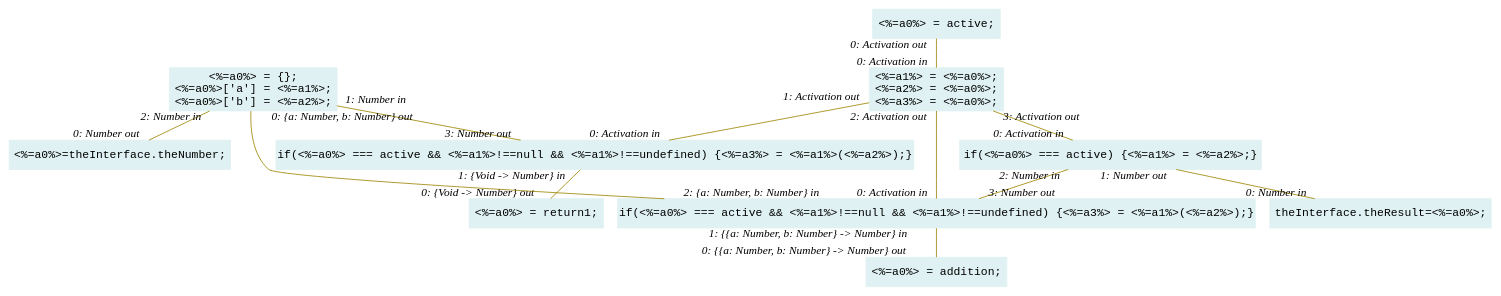
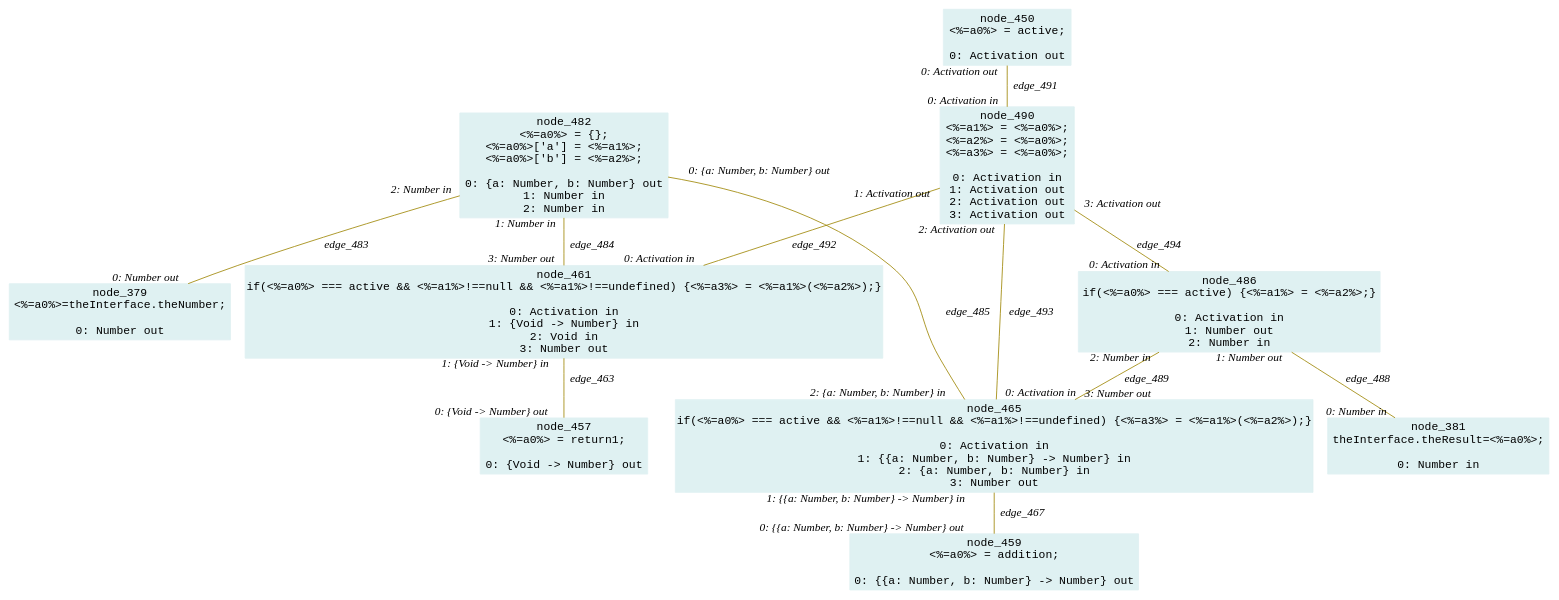
The diagram in lidl-core/example/ok/affectationExpression/dot/39createDataFlowDirection5.dot (crubier/lidl), drawn with Graphviz before and after one commit. The commit also changed 979 other files, not shown here.

```diff
--- a/lidl-core/example/ok/affectationExpression/dot/39createDataFlowDirection5.dot
+++ b/lidl-core/example/ok/affectationExpression/dot/39createDataFlowDirection5.dot
@@ -1,36 +1,69 @@
-digraph g{node_379 [shape="box", style="filled", color="#dff1f2", fontname="Courier", label="<%=a0%>=theInterface.theNumber;
-" ]
-node_381 [shape="box", style="filled", color="#dff1f2", fontname="Courier", label="theInterface.theResult=<%=a0%>;
-" ]
-node_450 [shape="box", style="filled", color="#dff1f2", fontname="Courier", label="<%=a0%> = active;
-" ]
-node_457 [shape="box", style="filled", color="#dff1f2", fontname="Courier", label="<%=a0%> = return1;
-" ]
-node_459 [shape="box", style="filled", color="#dff1f2", fontname="Courier", label="<%=a0%> = addition;
-" ]
-node_461 [shape="box", style="filled", color="#dff1f2", fontname="Courier", label="if(<%=a0%> === active && <%=a1%>!==null && <%=a1%>!==undefined) {<%=a3%> = <%=a1%>(<%=a2%>);}
-" ]
-node_465 [shape="box", style="filled", color="#dff1f2", fontname="Courier", label="if(<%=a0%> === active && <%=a1%>!==null && <%=a1%>!==undefined) {<%=a3%> = <%=a1%>(<%=a2%>);}
-" ]
-node_482 [shape="box", style="filled", color="#dff1f2", fontname="Courier", label="<%=a0%> = {};
+digraph g{node_379 [shape="box", style="filled", color="#dff1f2", fontname="Courier", label="node_379
+<%=a0%>=theInterface.theNumber;
+
+0: Number out" ]
+node_381 [shape="box", style="filled", color="#dff1f2", fontname="Courier", label="node_381
+theInterface.theResult=<%=a0%>;
+
+0: Number in" ]
+node_450 [shape="box", style="filled", color="#dff1f2", fontname="Courier", label="node_450
+<%=a0%> = active;
+
+0: Activation out" ]
+node_457 [shape="box", style="filled", color="#dff1f2", fontname="Courier", label="node_457
+<%=a0%> = return1;
+
+0: {Void -> Number} out" ]
+node_459 [shape="box", style="filled", color="#dff1f2", fontname="Courier", label="node_459
+<%=a0%> = addition;
+
+0: {{a: Number, b: Number} -> Number} out" ]
+node_461 [shape="box", style="filled", color="#dff1f2", fontname="Courier", label="node_461
+if(<%=a0%> === active && <%=a1%>!==null && <%=a1%>!==undefined) {<%=a3%> = <%=a1%>(<%=a2%>);}
+
+0: Activation in
+1: {Void -> Number} in
+2: Void in
+3: Number out" ]
+node_465 [shape="box", style="filled", color="#dff1f2", fontname="Courier", label="node_465
+if(<%=a0%> === active && <%=a1%>!==null && <%=a1%>!==undefined) {<%=a3%> = <%=a1%>(<%=a2%>);}
+
+0: Activation in
+1: {{a: Number, b: Number} -> Number} in
+2: {a: Number, b: Number} in
+3: Number out" ]
+node_482 [shape="box", style="filled", color="#dff1f2", fontname="Courier", label="node_482
+<%=a0%> = {};
 <%=a0%>['a'] = <%=a1%>;
 <%=a0%>['b'] = <%=a2%>;
-" ]
-node_486 [shape="box", style="filled", color="#dff1f2", fontname="Courier", label="if(<%=a0%> === active) {<%=a1%> = <%=a2%>;}
-" ]
-node_490 [shape="box", style="filled", color="#dff1f2", fontname="Courier", label="<%=a1%> = <%=a0%>;
+
+0: {a: Number, b: Number} out
+1: Number in
+2: Number in" ]
+node_486 [shape="box", style="filled", color="#dff1f2", fontname="Courier", label="node_486
+if(<%=a0%> === active) {<%=a1%> = <%=a2%>;}
+
+0: Activation in
+1: Number out
+2: Number in" ]
+node_490 [shape="box", style="filled", color="#dff1f2", fontname="Courier", label="node_490
+<%=a1%> = <%=a0%>;
 <%=a2%> = <%=a0%>;
 <%=a3%> = <%=a0%>;
-" ]
-node_461 -> node_457 [dir=none, arrowHead=none, fontname="Times-Italic", arrowsize=1, color="#9d8400", label="",  headlabel="0: {Void -> Number} out", taillabel="1: {Void -> Number} in" ]
-node_465 -> node_459 [dir=none, arrowHead=none, fontname="Times-Italic", arrowsize=1, color="#9d8400", label="",  headlabel="0: {{a: Number, b: Number} -> Number} out", taillabel="1: {{a: Number, b: Number} -> Number} in" ]
-node_482 -> node_379 [dir=none, arrowHead=none, fontname="Times-Italic", arrowsize=1, color="#9d8400", label="",  headlabel="0: Number out", taillabel="2: Number in" ]
-node_482 -> node_461 [dir=none, arrowHead=none, fontname="Times-Italic", arrowsize=1, color="#9d8400", label="",  headlabel="3: Number out", taillabel="1: Number in" ]
-node_482 -> node_465 [dir=none, arrowHead=none, fontname="Times-Italic", arrowsize=1, color="#9d8400", label="",  headlabel="2: {a: Number, b: Number} in", taillabel="0: {a: Number, b: Number} out" ]
-node_486 -> node_381 [dir=none, arrowHead=none, fontname="Times-Italic", arrowsize=1, color="#9d8400", label="",  headlabel="0: Number in", taillabel="1: Number out" ]
-node_486 -> node_465 [dir=none, arrowHead=none, fontname="Times-Italic", arrowsize=1, color="#9d8400", label="",  headlabel="3: Number out", taillabel="2: Number in" ]
-node_450 -> node_490 [dir=none, arrowHead=none, fontname="Times-Italic", arrowsize=1, color="#9d8400", label="",  headlabel="0: Activation in", taillabel="0: Activation out" ]
-node_490 -> node_461 [dir=none, arrowHead=none, fontname="Times-Italic", arrowsize=1, color="#9d8400", label="",  headlabel="0: Activation in", taillabel="1: Activation out" ]
-node_490 -> node_465 [dir=none, arrowHead=none, fontname="Times-Italic", arrowsize=1, color="#9d8400", label="",  headlabel="0: Activation in", taillabel="2: Activation out" ]
-node_490 -> node_486 [dir=none, arrowHead=none, fontname="Times-Italic", arrowsize=1, color="#9d8400", label="",  headlabel="0: Activation in", taillabel="3: Activation out" ]
+
+0: Activation in
+1: Activation out
+2: Activation out
+3: Activation out" ]
+node_461 -> node_457 [dir=none, arrowHead=none, fontname="Times-Italic", arrowsize=1, color="#9d8400", label="edge_463",  headlabel="0: {Void -> Number} out", taillabel="1: {Void -> Number} in" ]
+node_465 -> node_459 [dir=none, arrowHead=none, fontname="Times-Italic", arrowsize=1, color="#9d8400", label="edge_467",  headlabel="0: {{a: Number, b: Number} -> Number} out", taillabel="1: {{a: Number, b: Number} -> Number} in" ]
+node_482 -> node_379 [dir=none, arrowHead=none, fontname="Times-Italic", arrowsize=1, color="#9d8400", label="edge_483",  headlabel="0: Number out", taillabel="2: Number in" ]
+node_482 -> node_461 [dir=none, arrowHead=none, fontname="Times-Italic", arrowsize=1, color="#9d8400", label="edge_484",  headlabel="3: Number out", taillabel="1: Number in" ]
+node_482 -> node_465 [dir=none, arrowHead=none, fontname="Times-Italic", arrowsize=1, color="#9d8400", label="edge_485",  headlabel="2: {a: Number, b: Number} in", taillabel="0: {a: Number, b: Number} out" ]
+node_486 -> node_381 [dir=none, arrowHead=none, fontname="Times-Italic", arrowsize=1, color="#9d8400", label="edge_488",  headlabel="0: Number in", taillabel="1: Number out" ]
+node_486 -> node_465 [dir=none, arrowHead=none, fontname="Times-Italic", arrowsize=1, color="#9d8400", label="edge_489",  headlabel="3: Number out", taillabel="2: Number in" ]
+node_450 -> node_490 [dir=none, arrowHead=none, fontname="Times-Italic", arrowsize=1, color="#9d8400", label="edge_491",  headlabel="0: Activation in", taillabel="0: Activation out" ]
+node_490 -> node_461 [dir=none, arrowHead=none, fontname="Times-Italic", arrowsize=1, color="#9d8400", label="edge_492",  headlabel="0: Activation in", taillabel="1: Activation out" ]
+node_490 -> node_465 [dir=none, arrowHead=none, fontname="Times-Italic", arrowsize=1, color="#9d8400", label="edge_493",  headlabel="0: Activation in", taillabel="2: Activation out" ]
+node_490 -> node_486 [dir=none, arrowHead=none, fontname="Times-Italic", arrowsize=1, color="#9d8400", label="edge_494",  headlabel="0: Activation in", taillabel="3: Activation out" ]
 }
```
